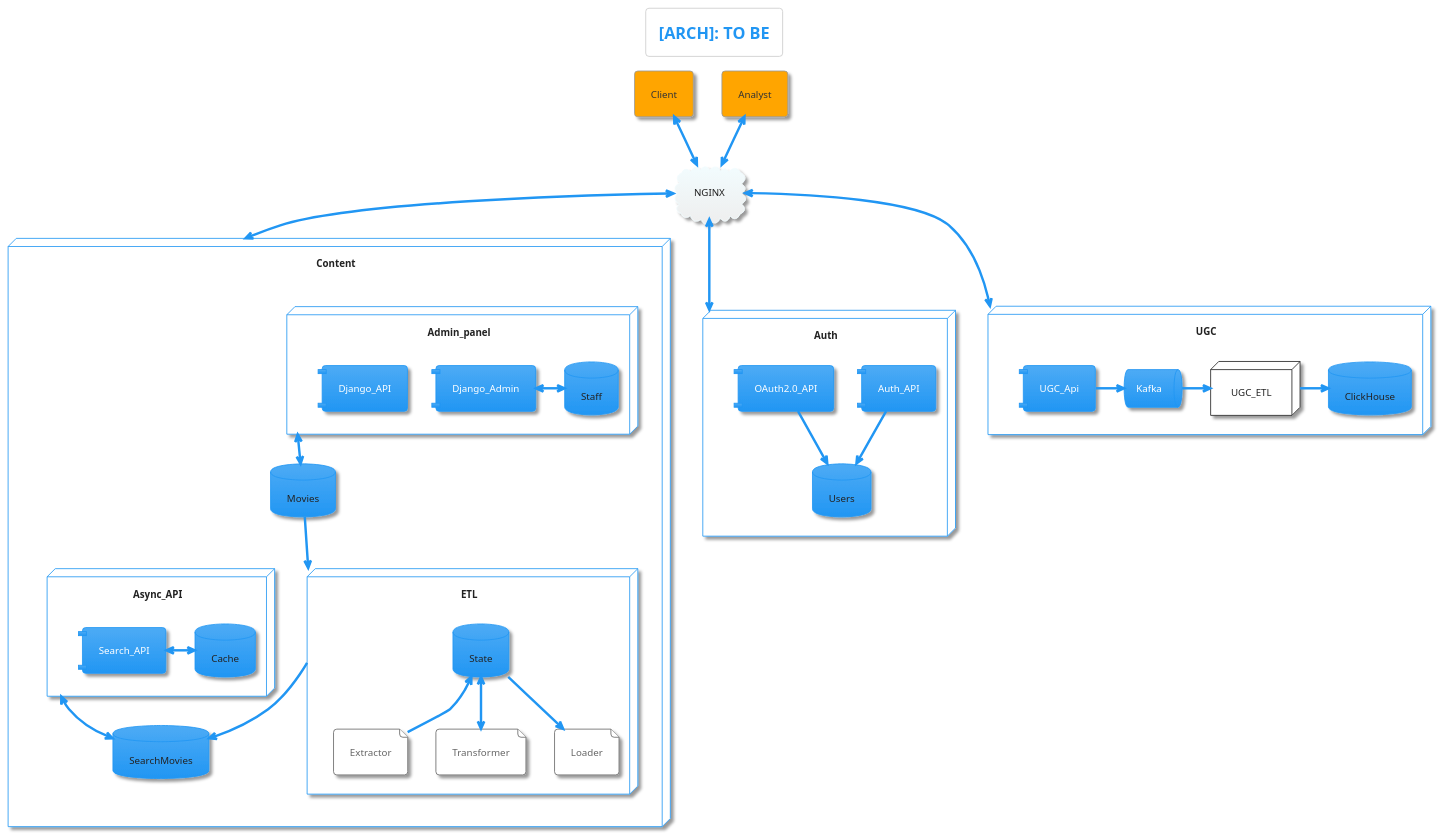
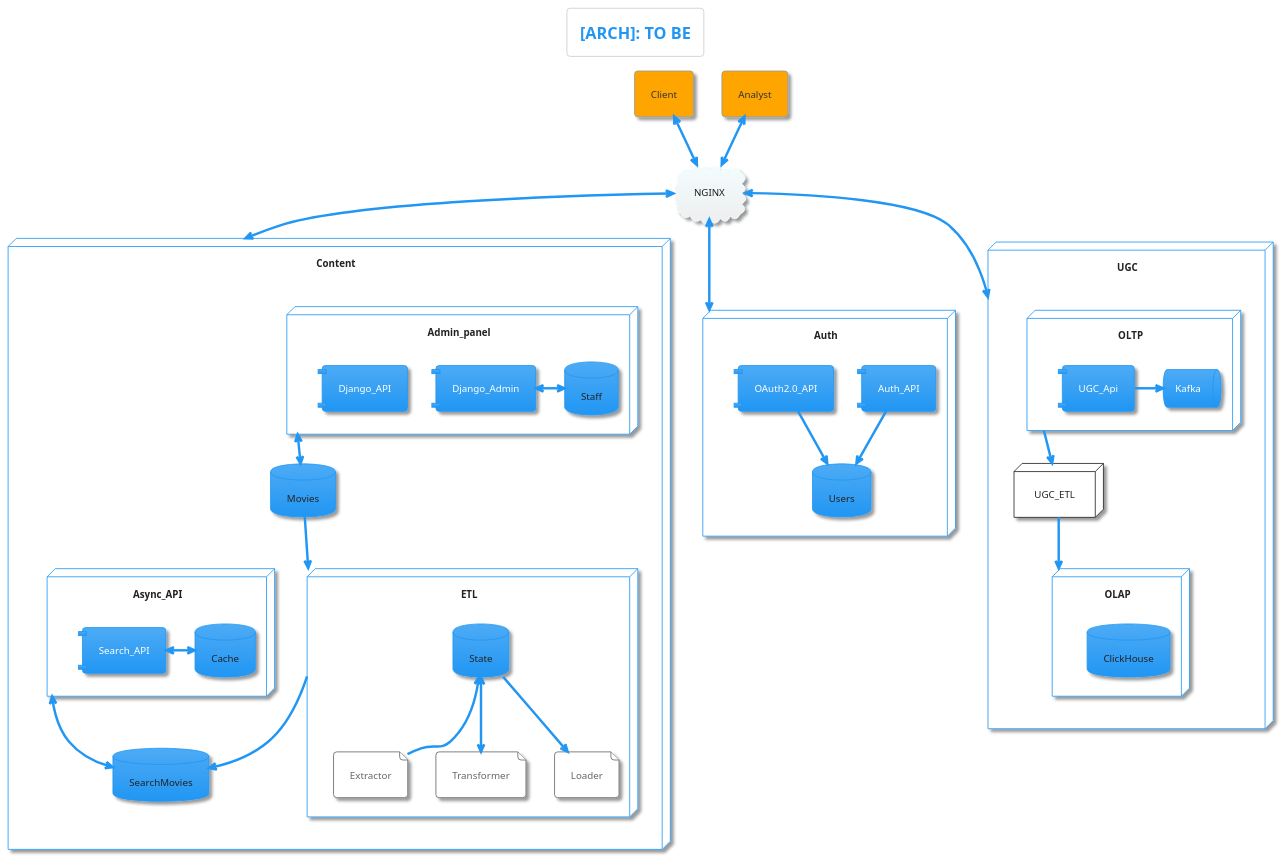
The diagram in architecture/to_be.puml (urbanchef/ugc_sprint_1), drawn with PlantUML before and after one commit.

Commit message:
Updated node UGC
Added OLTP & OLAP

```diff
--- a/architecture/to_be.puml
+++ b/architecture/to_be.puml
@@ -1,62 +1,66 @@
 @startuml
 !theme materia
 skinparam componentStyle uml1
 
 title [ARCH]: TO BE
 
 agent Client
 cloud "NGINX" as server
 Client <--> server
 agent Analyst
 Analyst <--> server
 
 node Content {
     database Movies
     database SearchMovies
     node Admin_panel {
         database Staff
         component Django_Admin
         component Django_API
         Django_Admin <-> Staff
     }
     node ETL {
         database State
         file Extractor
         file Transformer
         file Loader
         State <-- Extractor
         State <--> Transformer
         State --> Loader
     }
     node Async_API {
         component Search_API
         database Cache
         Search_API <-> Cache
     }
     Movies --> ETL
     Admin_panel <--> Movies
     ETL --> SearchMovies
     Async_API <--> SearchMovies
 }
 server <--> Content
 
 node Auth {
     component Auth_API
     component OAuth2.0_API
     database Users
     Auth_API --> Users
     OAuth2.0_API --> Users
 
 }
 server <--> Auth
 node UGC {
+    node OLTP {
         component UGC_Api
         queue Kafka
         UGC_Api -> Kafka
-        node UGC_ETL
-        Kafka -> UGC_ETL
+    }
+    node UGC_ETL
+    node OLAP {
         database ClickHouse
-        UGC_ETL -> ClickHouse
     }
+    OLTP --> UGC_ETL
+    UGC_ETL --> OLAP
+}
 server <--> UGC
 @enduml
```
